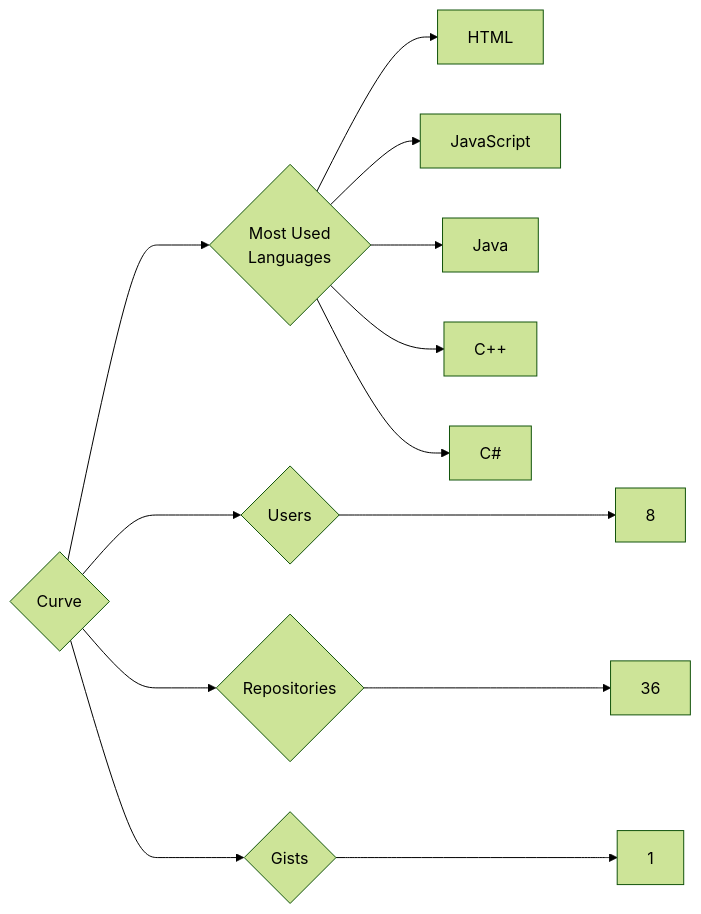
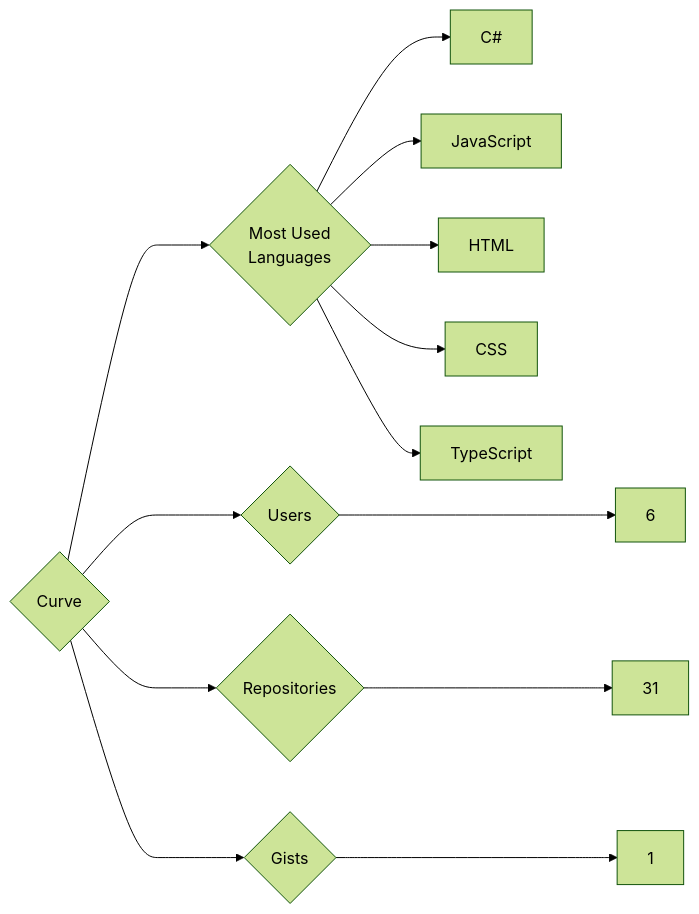
The diagram in targets/Curve/README.md (trickest/insiders), drawn with Mermaid (forest theme) before and after one commit. The commit also changed 900 other files, not shown here.

````diff
--- a/targets/Curve/README.md
+++ b/targets/Curve/README.md
@@ -3,13 +3,13 @@
 ```mermaid
 graph LR
 COMPANY_NAME{Curve}
-COMPANY_NAME ---> U{Users} ---> UN[8]
-COMPANY_NAME ---> R{Repositories} ---> RN[36]
+COMPANY_NAME ---> U{Users} ---> UN[6]
+COMPANY_NAME ---> R{Repositories} ---> RN[31]
 COMPANY_NAME ---> G{Gists} ---> GN[1]
 COMPANY_NAME ---> ML{Most Used<br>Languages}
+ML --> C#[C#]
+ML --> JavaScript[JavaScript]
 ML --> HTML[HTML]
-ML --> JavaScript[JavaScript]
-ML --> Java[Java]
-ML --> C++[C++]
-ML --> C#[C#]
+ML --> CSS[CSS]
+ML --> TypeScript[TypeScript]
 ```
````
